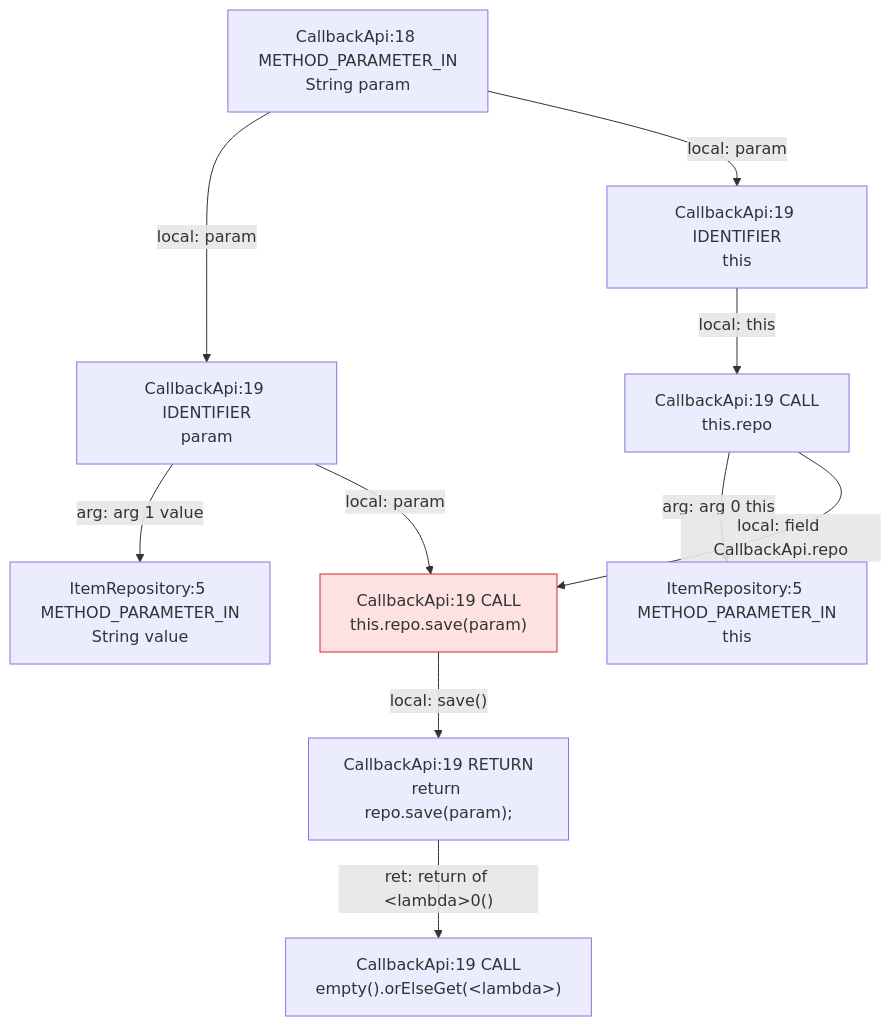
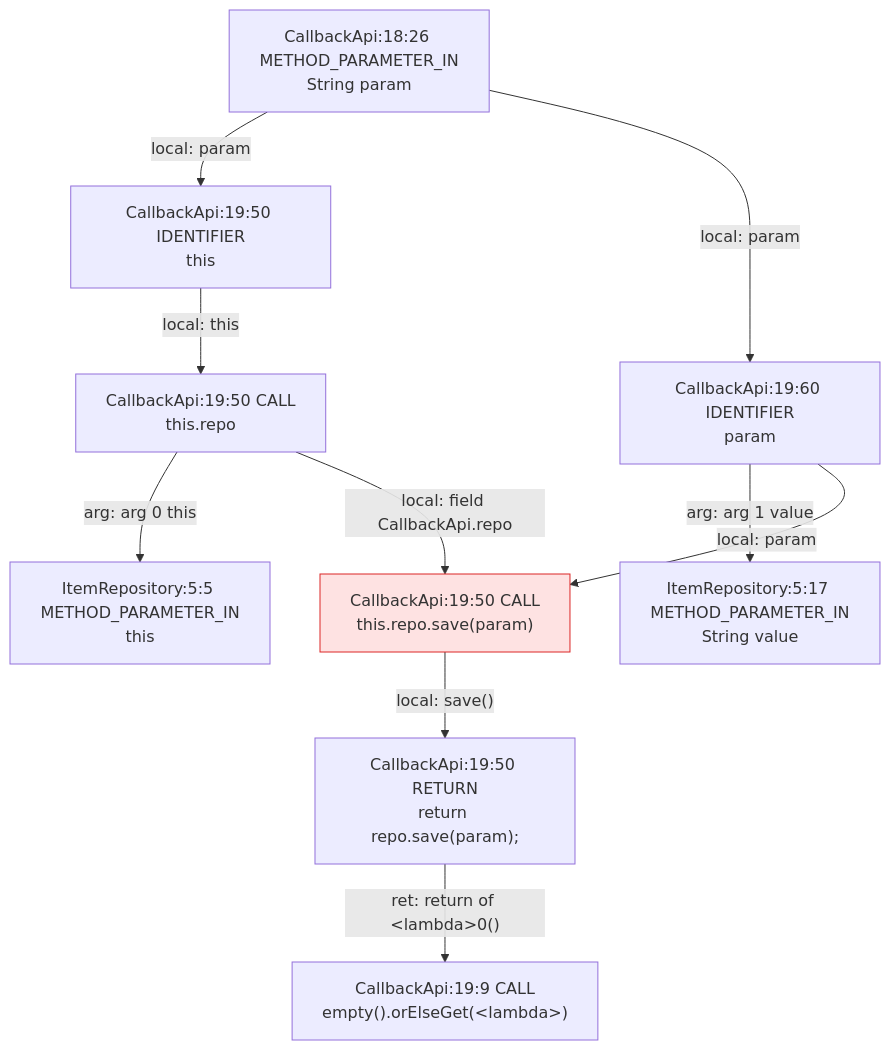
The first of 6 diagrams in spike/fixtures/callbacks/truth.md (gstiebler/codeflow), drawn with Mermaid before and after one commit. The commit also changed other lines of this file and 154 other files, not shown here.

````diff
--- a/spike/fixtures/callbacks/truth.md
+++ b/spike/fixtures/callbacks/truth.md
@@ -7,22 +7,22 @@
 ```mermaid
 flowchart TD
-  a0["CallbackApi:18 METHOD_PARAMETER_IN<br/>String param"]
-  a1["CallbackApi:19 CALL<br/>empty().orElseGet(#lt;lambda#gt;)"]
-  a2["CallbackApi:19 CALL<br/>this.repo"]
-  a3["CallbackApi:19 CALL<br/>this.repo.save(param)"]
-  style a3 fill:#fee2e2,stroke:#dc2626
-  a4["CallbackApi:19 IDENTIFIER<br/>param"]
-  a5["CallbackApi:19 IDENTIFIER<br/>this"]
-  a6["CallbackApi:19 RETURN<br/>return repo.save(param);"]
-  a7["ItemRepository:5 METHOD_PARAMETER_IN<br/>String value"]
-  a8["ItemRepository:5 METHOD_PARAMETER_IN<br/>this"]
-  a0 -->|"local: param"| a4
+  a0["CallbackApi:18:26 METHOD_PARAMETER_IN<br/>String param"]
+  a1["CallbackApi:19:50 CALL<br/>this.repo"]
+  a2["CallbackApi:19:50 CALL<br/>this.repo.save(param)"]
+  style a2 fill:#fee2e2,stroke:#dc2626
+  a3["CallbackApi:19:50 IDENTIFIER<br/>this"]
+  a4["CallbackApi:19:50 RETURN<br/>return repo.save(param);"]
+  a5["CallbackApi:19:60 IDENTIFIER<br/>param"]
+  a6["CallbackApi:19:9 CALL<br/>empty().orElseGet(#lt;lambda#gt;)"]
+  a7["ItemRepository:5:17 METHOD_PARAMETER_IN<br/>String value"]
+  a8["ItemRepository:5:5 METHOD_PARAMETER_IN<br/>this"]
+  a0 -->|"local: param"| a3
   a0 -->|"local: param"| a5
-  a2 -->|"arg: arg 0 this"| a8
-  a2 -->|"local: field CallbackApi.repo"| a3
-  a3 -->|"local: save()"| a6
-  a4 -->|"arg: arg 1 value"| a7
-  a4 -->|"local: param"| a3
-  a5 -->|"local: this"| a2
-  a6 -->|"ret: return of #lt;lambda#gt;0()"| a1
+  a1 -->|"arg: arg 0 this"| a8
+  a1 -->|"local: field CallbackApi.repo"| a2
+  a2 -->|"local: save()"| a4
+  a3 -->|"local: this"| a1
+  a4 -->|"ret: return of #lt;lambda#gt;0()"| a6
+  a5 -->|"arg: arg 1 value"| a7
+  a5 -->|"local: param"| a2
 ```
````
